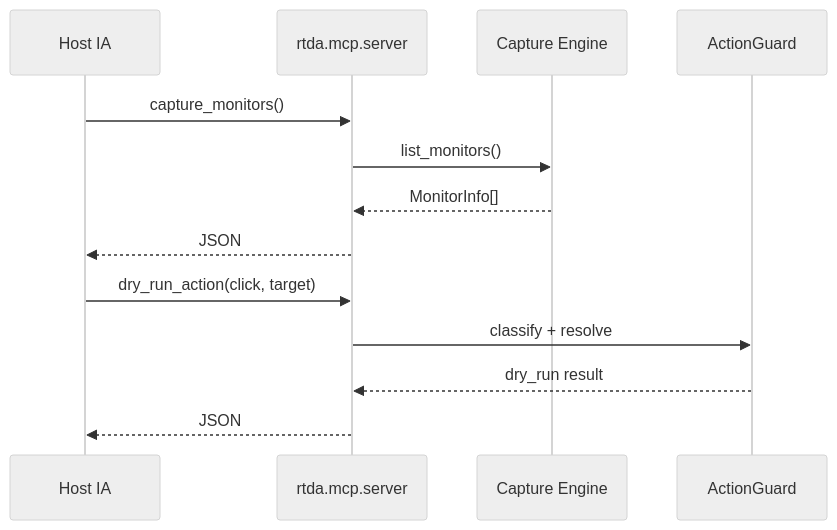
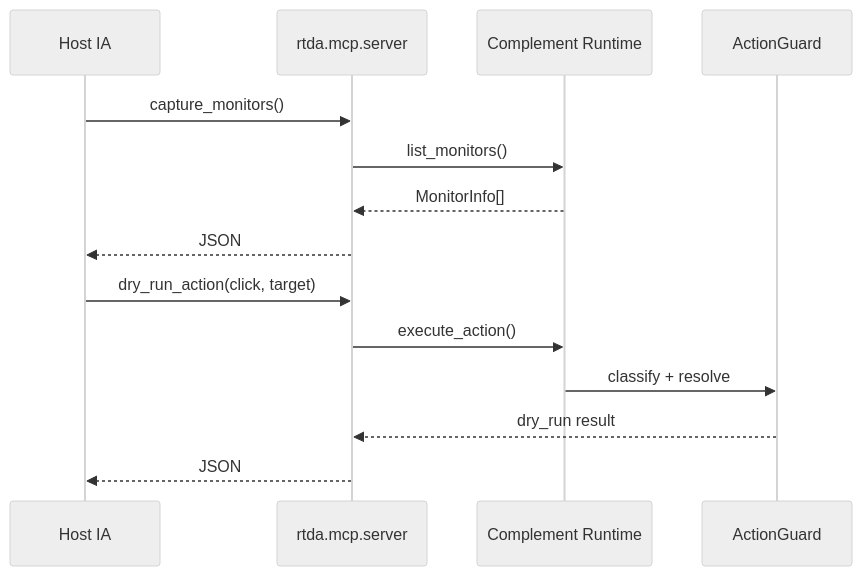
One commit to Adan0423/real-time-desktop-agent changed the third of 3 diagrams in docs/architecture.md. Above: the diagram before and after it, drawn with Mermaid (neutral theme). The commit also changed other lines of this file and 22 other files, not shown here.

````diff
--- a/docs/architecture.md
+++ b/docs/architecture.md
@@ -102,15 +104,16 @@
 ```mermaid
 sequenceDiagram
     participant Host as Host IA
     participant MCP as rtda.mcp.server
-    participant Capture as Capture Engine
+    participant Runtime as Complement Runtime
     participant Safety as ActionGuard
     Host->>MCP: capture_monitors()
-    MCP->>Capture: list_monitors()
-    Capture-->>MCP: MonitorInfo[]
+    MCP->>Runtime: list_monitors()
+    Runtime-->>MCP: MonitorInfo[]
     MCP-->>Host: JSON
     Host->>MCP: dry_run_action(click, target)
-    MCP->>Safety: classify + resolve
+    MCP->>Runtime: execute_action()
+    Runtime->>Safety: classify + resolve
     Safety-->>MCP: dry_run result
     MCP-->>Host: JSON
 ```
````
